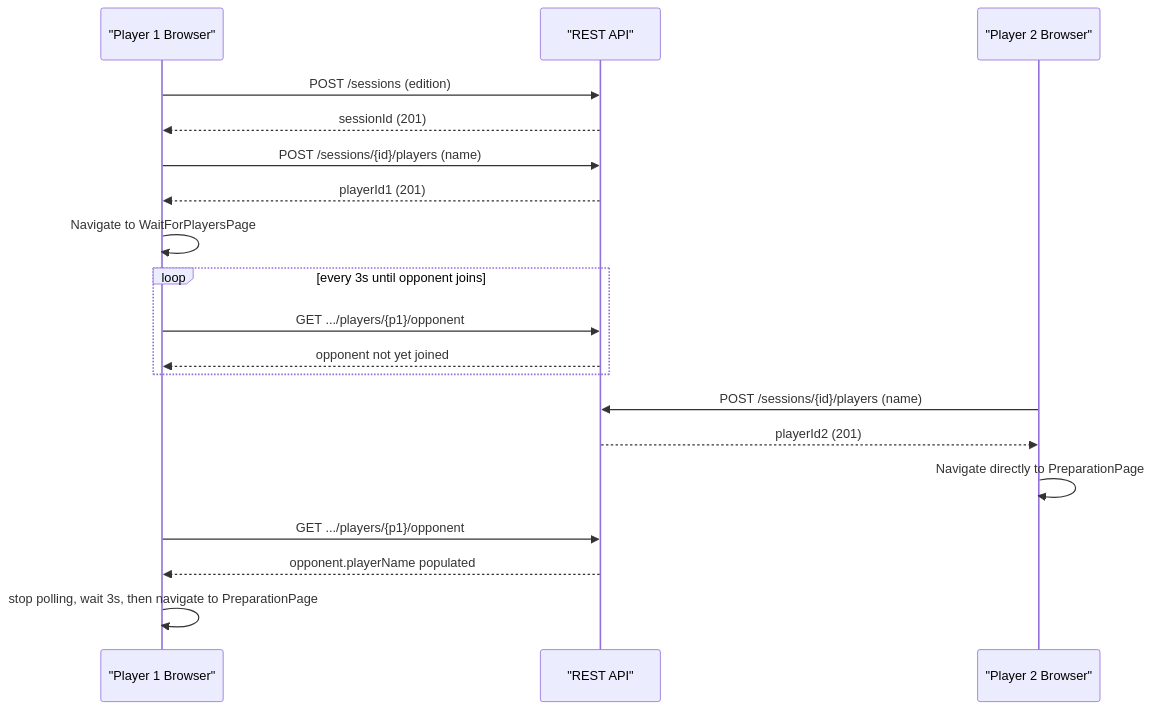
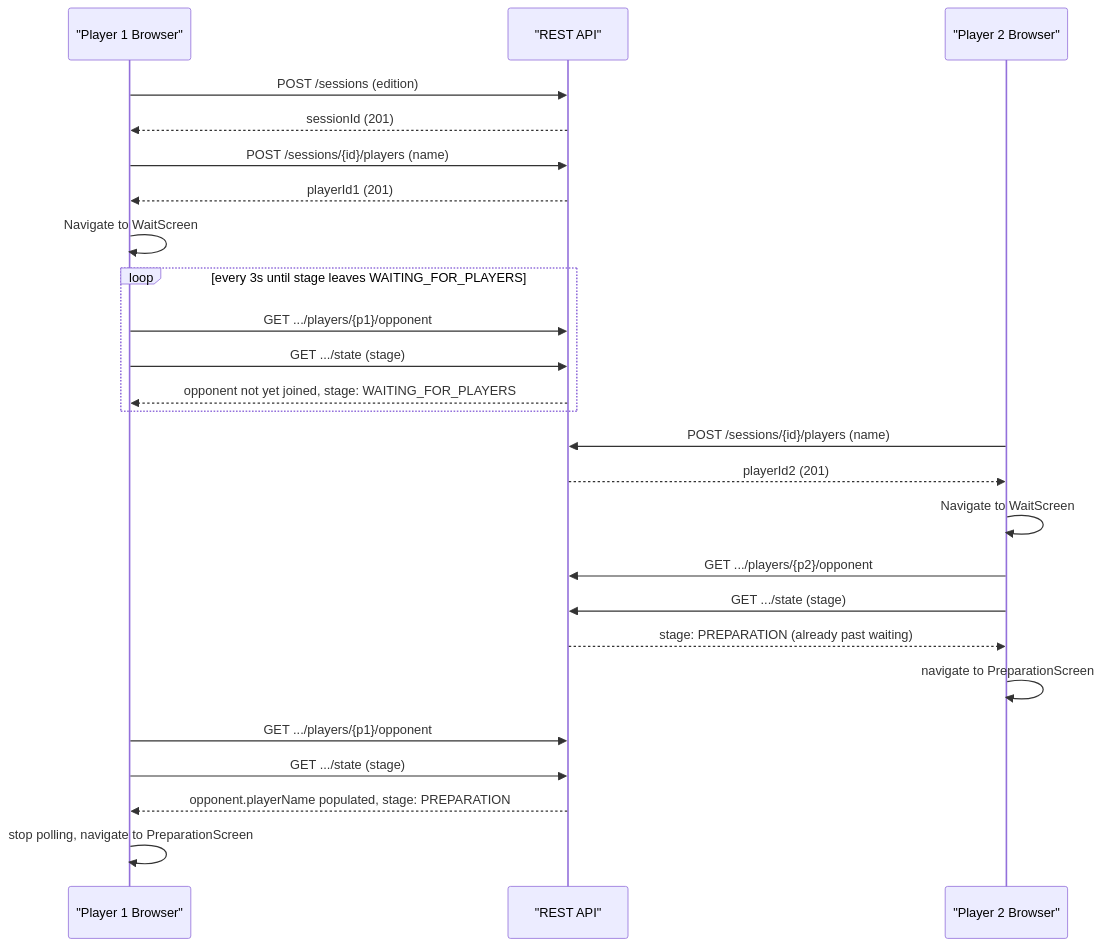
One commit to sanyokkua/battleship_java changed the second of 3 diagrams in docs/architecture.md. Above: the diagram before and after it, drawn with Mermaid. The commit also changed other lines of this file and 3 other files, not shown here.

````diff
--- a/docs/architecture.md
+++ b/docs/architecture.md
@@ -71,25 +90,31 @@
 ```mermaid
 sequenceDiagram
     participant p1 as "Player 1 Browser"
     participant api as "REST API"
     participant p2 as "Player 2 Browser"
 
     p1->>api: POST /sessions #40;edition#41;
     api-->>p1: sessionId #40;201#41;
     p1->>api: POST /sessions/#123;id#125;/players #40;name#41;
     api-->>p1: playerId1 #40;201#41;
-    p1->>p1: Navigate to WaitForPlayersPage
+    p1->>p1: Navigate to WaitScreen
 
-    loop every 3s until opponent joins
+    loop every 3s until stage leaves WAITING_FOR_PLAYERS
         p1->>api: GET .../players/#123;p1#125;/opponent
-        api-->>p1: opponent not yet joined
+        p1->>api: GET .../state #40;stage#41;
+        api-->>p1: opponent not yet joined, stage#58; WAITING_FOR_PLAYERS
     end
 
     p2->>api: POST /sessions/#123;id#125;/players #40;name#41;
     api-->>p2: playerId2 #40;201#41;
-    p2->>p2: Navigate directly to PreparationPage
+    p2->>p2: Navigate to WaitScreen
+    p2->>api: GET .../players/#123;p2#125;/opponent
+    p2->>api: GET .../state #40;stage#41;
+    api-->>p2: stage#58; PREPARATION #40;already past waiting#41;
+    p2->>p2: navigate to PreparationScreen
 
     p1->>api: GET .../players/#123;p1#125;/opponent
-    api-->>p1: opponent.playerName populated
-    p1->>p1: stop polling, wait 3s, then navigate to PreparationPage
+    p1->>api: GET .../state #40;stage#41;
+    api-->>p1: opponent.playerName populated, stage#58; PREPARATION
+    p1->>p1: stop polling, navigate to PreparationScreen
 ```
````
